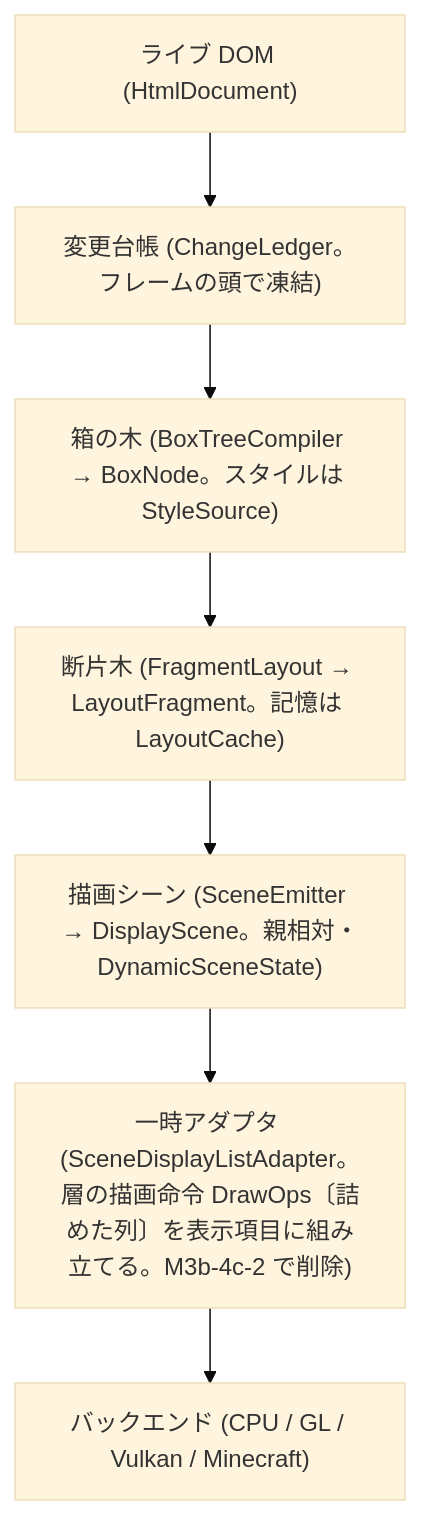
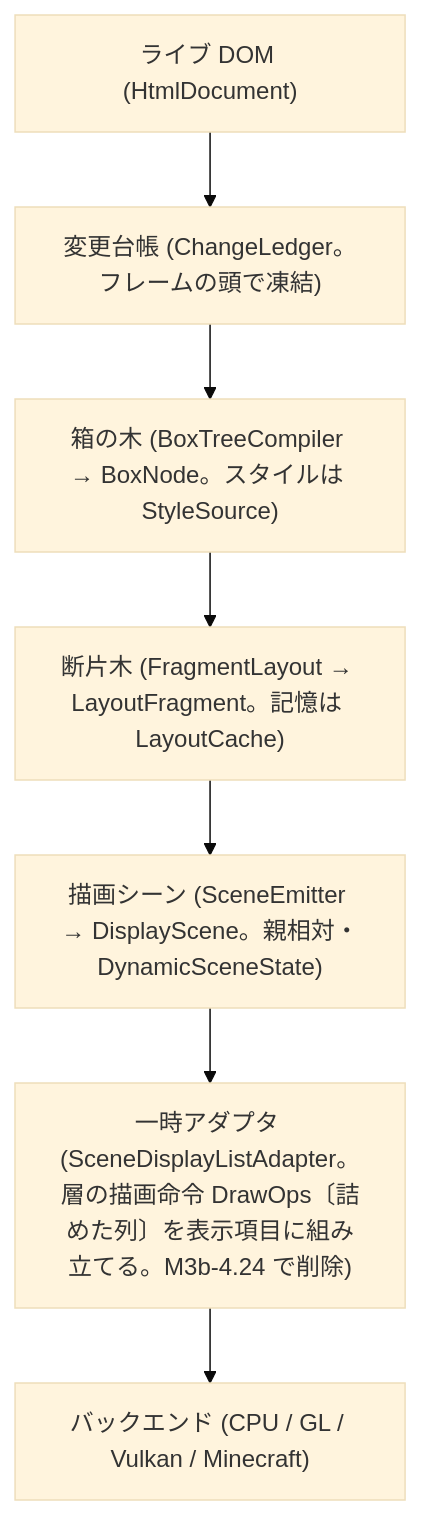
Before and after one commit to nishiyu24/EnderFrameLib: the second of 2 diagrams in docs/ARCHITECTURE.md, drawn with Mermaid (base theme). The commit also changed 9 other files, not shown here.

````diff
--- a/docs/ARCHITECTURE.md
+++ b/docs/ARCHITECTURE.md
@@ -213,9 +213,9 @@
 ```mermaid
 flowchart TD
     DOM["ライブ DOM (HtmlDocument)"] --> Ledger["変更台帳 (ChangeLedger。フレームの頭で凍結)"]
     Ledger --> BoxTree["箱の木 (BoxTreeCompiler → BoxNode。スタイルは StyleSource)"]
     BoxTree --> Layout["断片木 (FragmentLayout → LayoutFragment。記憶は LayoutCache)"]
     Layout --> Scene["描画シーン (SceneEmitter → DisplayScene。親相対・DynamicSceneState)"]
-    Scene --> Adapter["一時アダプタ (SceneDisplayListAdapter。層の描画命令 DrawOps〔詰めた列〕を表示項目に組み立てる。M3b-4c-2 で削除)"]
+    Scene --> Adapter["一時アダプタ (SceneDisplayListAdapter。層の描画命令 DrawOps〔詰めた列〕を表示項目に組み立てる。M3b-4.24 で削除)"]
     Adapter --> Drawer["バックエンド (CPU / GL / Vulkan / Minecraft)"]
 ```
````
